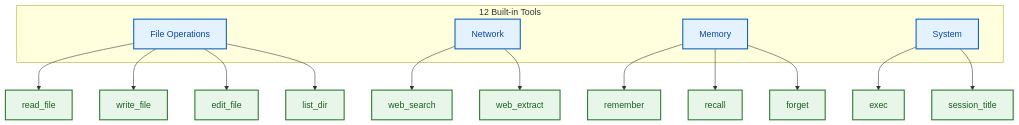
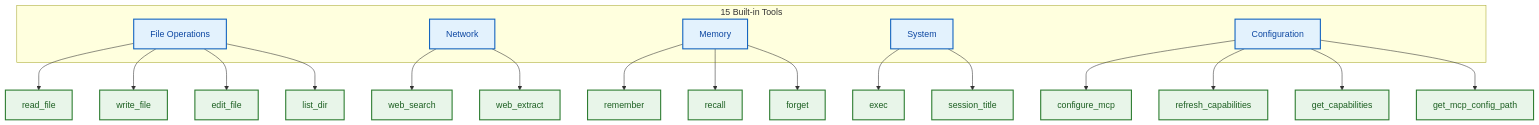
The second of 2 diagrams in docs/en-US/guide/usage.md (xt765/FinchBot), drawn with Mermaid before and after one commit. The commit also changed other lines of this file and 4 other files, not shown here.

Commit message:
fix(tools): 修复 WebExtractTool._run 缺少 extract_depth 参数的问题

````diff
--- a/docs/en-US/guide/usage.md
+++ b/docs/en-US/guide/usage.md
@@ -249,27 +249,33 @@
 ```mermaid
 flowchart TB
     classDef category fill:#e3f2fd,stroke:#1565c0,stroke-width:2px,color:#0d47a1;
     classDef tool fill:#e8f5e9,stroke:#2e7d32,stroke-width:2px,color:#1b5e20;
 
-    subgraph Tools [12 Built-in Tools]
+    subgraph Tools [15 Built-in Tools]
         File[File Operations]:::category
         Web[Network]:::category
         Memory[Memory]:::category
         System[System]:::category
+        Config[Configuration]:::category
     end
 
     File --> F1[read_file]:::tool
     File --> F2[write_file]:::tool
     File --> F3[edit_file]:::tool
     File --> F4[list_dir]:::tool
 
     Web --> W1[web_search]:::tool
     Web --> W2[web_extract]:::tool
 
     Memory --> M1[remember]:::tool
     Memory --> M2[recall]:::tool
     Memory --> M3[forget]:::tool
 
     System --> S1[exec]:::tool
     System --> S2[session_title]:::tool
+    
+    Config --> C1[configure_mcp]:::tool
+    Config --> C2[refresh_capabilities]:::tool
+    Config --> C3[get_capabilities]:::tool
+    Config --> C4[get_mcp_config_path]:::tool
 ```
````
